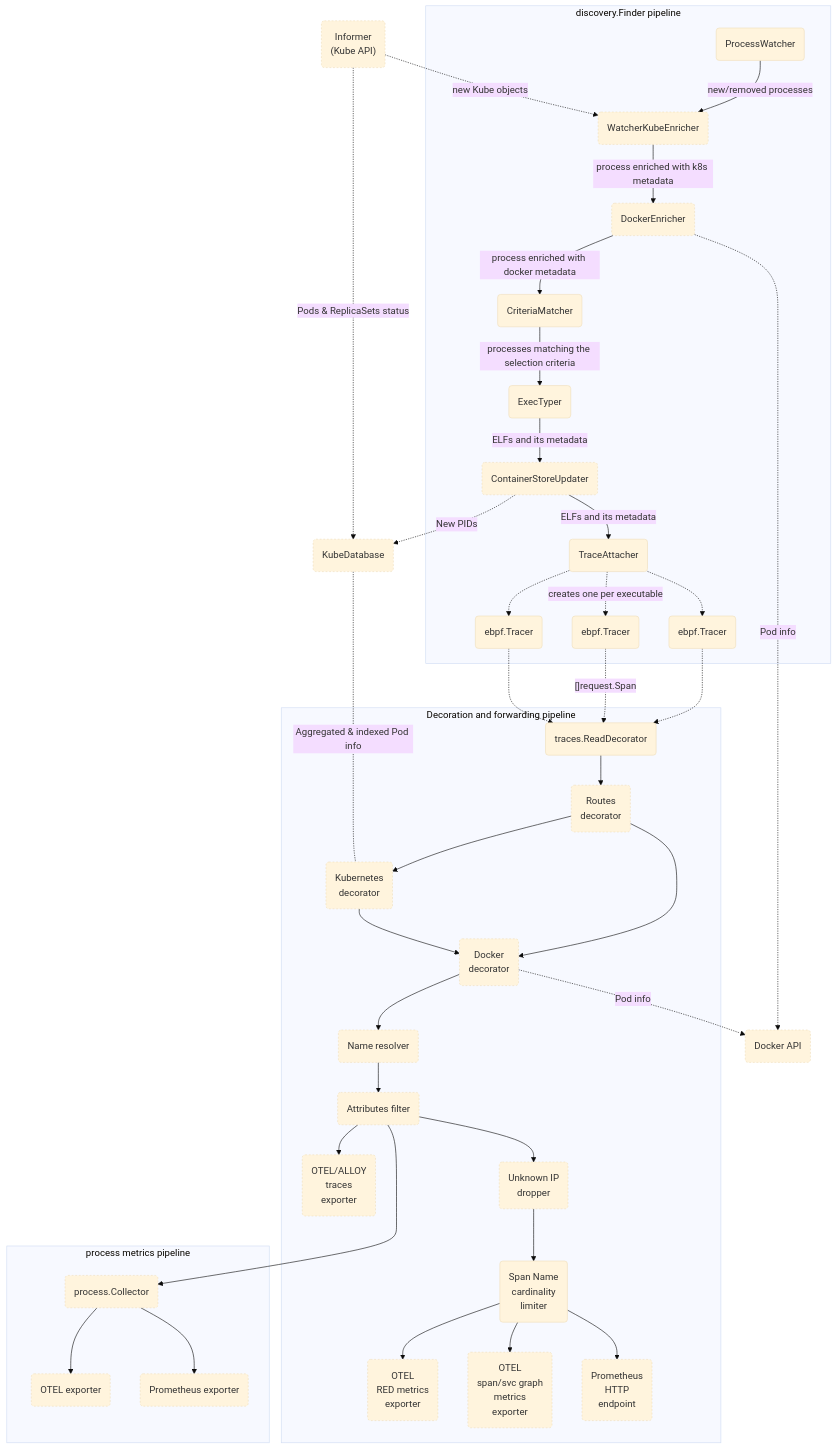
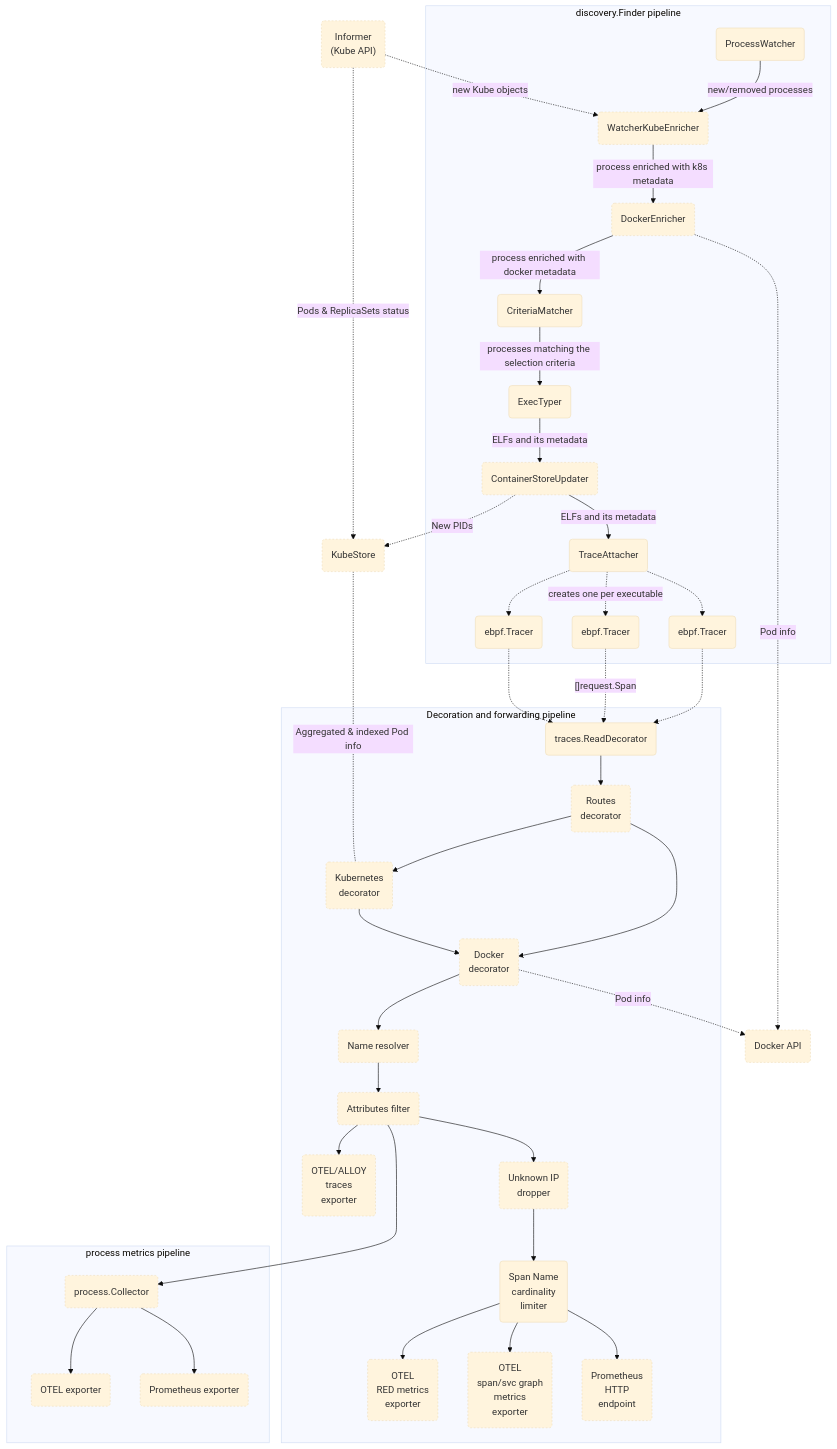
One commit to open-telemetry/opentelemetry-ebpf-instrumentation changed the first of 2 diagrams in devdocs/pipeline-map.md. Above: the diagram before and after it, drawn with Mermaid (base theme). The commit also changed other lines of this file, not shown here.

Commit message:
Update pipeline-map

````diff
--- a/devdocs/pipeline-map.md
+++ b/devdocs/pipeline-map.md
@@ -18,48 +18,48 @@
 ```mermaid
 flowchart TD
     classDef optional stroke-dasharray: 3 3;
     subgraph discovery.Finder pipeline
         PW(ProcessWatcher) --> |new/removed processes| KWE
         KWE(WatcherKubeEnricher):::optional --> |process enriched with k8s metadata| DE
         DE(DockerEnricher):::optional --> |process enriched with docker metadata| CM
         CM(CriteriaMatcher) --> |processes matching the selection criteria| ET(ExecTyper)
         ET --> |ELFs and its metadata| CU
         CU(ContainerStoreUpdater):::optional --> |ELFs and its metadata| TA
         TA(TraceAttacher) -.-> EBPF1(ebpf.Tracer)
         TA -.-> |creates one per executable| EBPF2(ebpf.Tracer)
         TA -.-> EBPF3(ebpf.Tracer)
     end
     subgraph Decoration and forwarding pipeline
         EBPF1 -.-> TR
         EBPF2 -.-> |"[]request.Span"| TR
         EBPF3 -.-> TR
         TR(traces.ReadDecorator) --> ROUT(Routes<br/>decorator)
         ROUT:::optional --> DOCKDEC(Docker<br/>decorator)
         ROUT:::optional --> KD(Kubernetes<br/>decorator)
         KD:::optional --> DOCKDEC
         DOCKDEC:::optional --> NR
         NR(Name resolver):::optional --> AF
         
         AF(Attributes filter):::optional --> OTELT(OTEL/ALLOY<br/> traces<br/> exporter):::optional
 
         
         AF --> IPD(Unknown IP<br/>dropper):::optional
         IPD --> SNCL(Span Name<br/>cardinality<br/>limiter)
         SNCL --> OTELRM(OTEL<br/>RED metrics<br/> exporter):::optional
         SNCL --> OTELSM(OTEL<br/>span/svc graph<br/>metrics<br/> exporter):::optional
         SNCL --> PROM(Prometheus<br/>HTTP<br/>endpoint):::optional
     end
-    CU -.-> |New PIDs| KDB
+    CU -.-> |New PIDs| KSTORE
     DE -.-> |Pod info| DOCKAPI(Docker API):::optional
     DOCKDEC -.-> |Pod info| DOCKAPI(Docker API):::optional
-    KDB(KubeDatabase):::optional <-.- | Aggregated & indexed Pod info | KD
-    IF("Informer<br/>(Kube API)"):::optional -.-> |Pods & ReplicaSets status| KDB
+    KSTORE(KubeStore):::optional <-.- | Aggregated & indexed Pod info | KD
+    IF("Informer<br/>(Kube API)"):::optional -.-> |Pods & ReplicaSets status| KSTORE
     IF -.-> |new Kube objects| KWE
     AF ---> PC
     subgraph process metrics pipeline
         PC("process.Collector"):::optional --> POTEL
         PC --> PPROM
         POTEL("OTEL exporter"):::optional
         PPROM("Prometheus exporter"):::optional
     end
 ```
````
